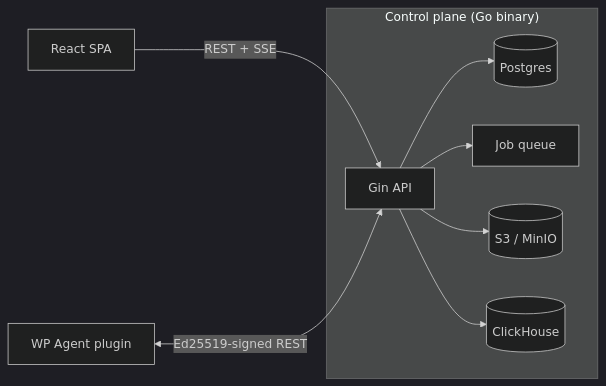
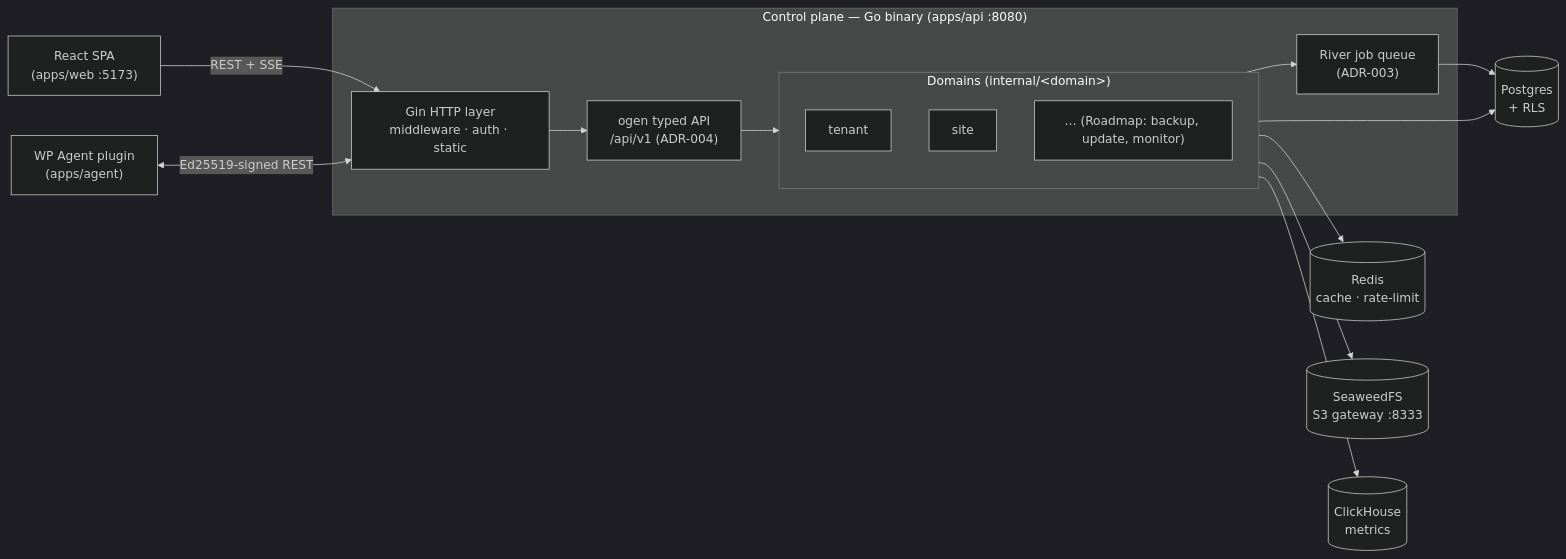
The first of 3 diagrams in docs/architecture.md (mosamlife/wpmgr), drawn with Mermaid (dark theme) before and after one commit. The commit also changed other lines of this file and 177 other files, not shown here.

````diff
--- a/docs/architecture.md
+++ b/docs/architecture.md
@@ -5,16 +14,31 @@
 ```mermaid
 flowchart LR
-  subgraph ControlPlane["Control plane (Go binary)"]
-    API[Gin API]
-    DB[(Postgres)]
-    Q[Job queue]
-    S3[(S3 / MinIO)]
-    CH[(ClickHouse)]
+  Web["React SPA<br/>(apps/web :5173)"]
+  Agent["WP Agent plugin<br/>(apps/agent)"]
+
+  subgraph CP["Control plane — Go binary (apps/api :8080)"]
+    Gin["Gin HTTP layer<br/>middleware · auth · static"]
+    OGEN["ogen typed API<br/>/api/v1 (ADR-004)"]
+    subgraph Domains["Domains (internal/&lt;domain&gt;)"]
+      Tenant["tenant"]
+      Site["site"]
+      More["… (Roadmap: backup, update, monitor)"]
+    end
+    Queue["River job queue<br/>(ADR-003)"]
   end
-  Web[React SPA] -->|REST + SSE| API
-  API --> DB
-  API --> Q
-  API --> S3
-  API --> CH
-  Agent[WP Agent plugin] <-->|Ed25519-signed REST| API
+
+  PG[("Postgres<br/>+ RLS")]
+  Redis[("Redis<br/>cache · rate-limit")]
+  S3[("SeaweedFS<br/>S3 gateway :8333")]
+  CH[("ClickHouse<br/>metrics")]
+
+  Web -->|REST + SSE| Gin
+  Agent <-->|Ed25519-signed REST| Gin
+  Gin --> OGEN --> Domains
+  Domains --> Queue
+  Domains --> PG
+  Domains --> Redis
+  Domains --> S3
+  Domains --> CH
+  Queue --> PG
 ```
````
